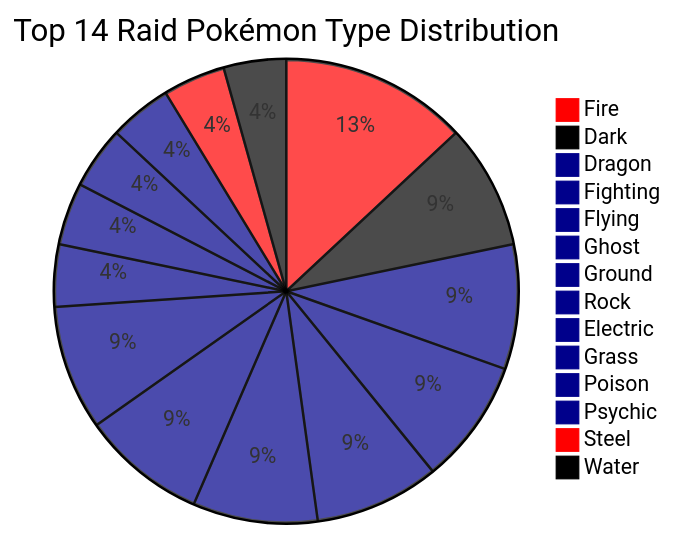
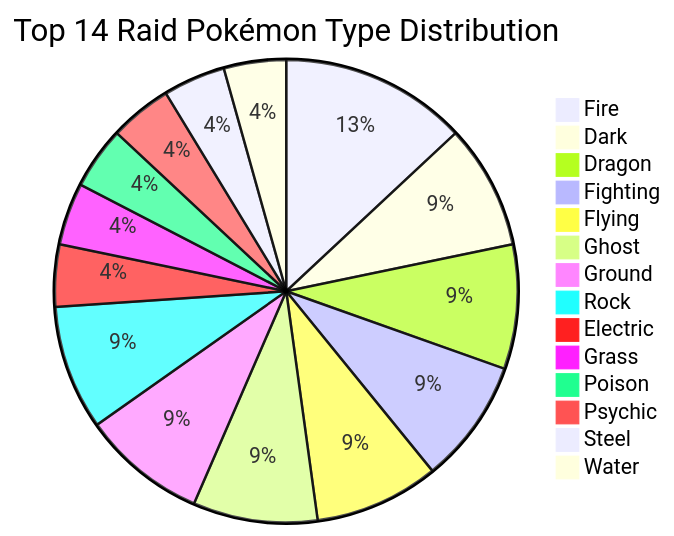
One commit to austinTracy7/TestingArea changed the fourth of 4 diagrams in mermaidTesting.md. Above: the diagram before and after it, drawn with Mermaid.

````diff
--- a/mermaidTesting.md
+++ b/mermaidTesting.md
@@ -25,19 +25,18 @@
 ```mermaid
-%%{init: {"themeVariables": {"pie1": "#ff0000", "pie2": "#000000", "pie3": "#00008B", "pie4": "#00008B", "pie5": "#00008B", "pie6": "#00008B", "pie7": "#00008B", "pie8": "#00008B", "pie9": "#00008B", "pie10": "#00008B", "pie11": "#00008B", "pie12": "#00008B", "pie13": "#00008B", "pie14": "#00008B"} }}%%
 pie
     title Top 14 Raid Pokémon Type Distribution
     "Fire": 3
     "Dark": 2 
     "Dragon": 2 
     "Fighting": 2
     "Flying": 2
     "Ghost": 2 
     "Ground": 2 
     "Rock": 2 
     "Electric": 1 
     "Grass": 1
     "Poison": 1 
     "Psychic": 1 
     "Steel": 1 
     "Water": 1
 ```
````
